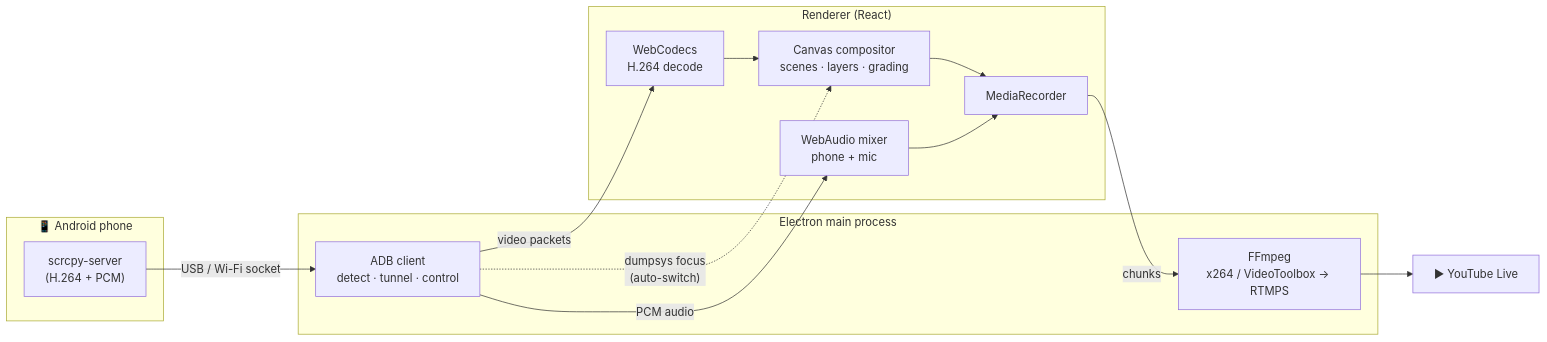
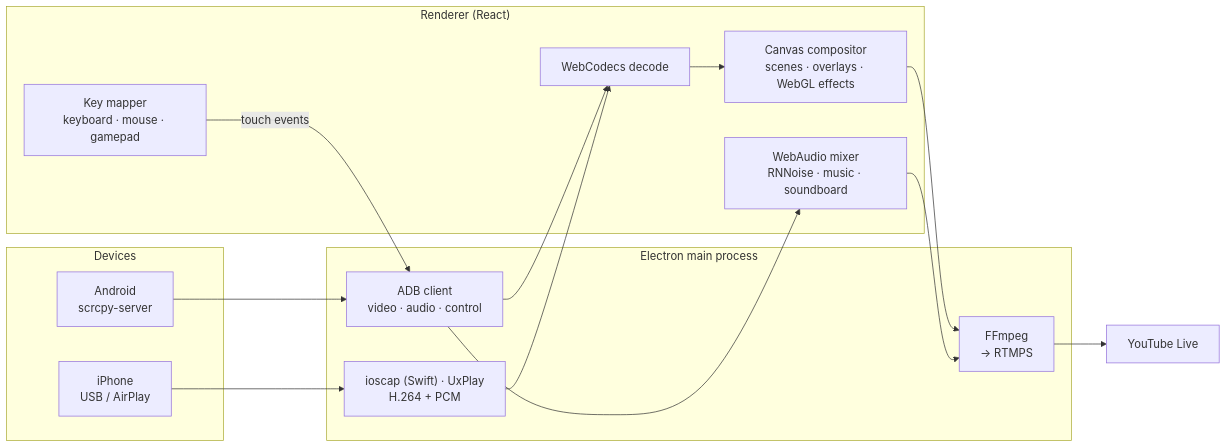
Before and after one commit to kali23041/Meroro: the diagram in README.md, drawn with Mermaid. The commit also changed other lines of this file, not shown here.

````diff
--- a/README.md
+++ b/README.md
@@ -122,23 +148,25 @@
 ```mermaid
 flowchart LR
-  subgraph Phone["📱 Android phone"]
-    S["scrcpy-server<br/>(H.264 + PCM)"]
+  subgraph Phones["Devices"]
+    S["Android<br/>scrcpy-server"]
+    I["iPhone<br/>USB / AirPlay"]
   end
   subgraph Main["Electron main process"]
-    A["ADB client<br/>detect · tunnel · control"]
-    F["FFmpeg<br/>x264 / VideoToolbox → RTMPS"]
+    A["ADB client<br/>video · audio · control"]
+    Q["ioscap (Swift) · UxPlay<br/>H.264 + PCM"]
+    F["FFmpeg<br/>→ RTMPS"]
   end
   subgraph UI["Renderer (React)"]
-    D["WebCodecs<br/>H.264 decode"]
-    C["Canvas compositor<br/>scenes · layers · grading"]
-    M["WebAudio mixer<br/>phone + mic"]
-    R["MediaRecorder"]
+    D["WebCodecs decode"]
+    C["Canvas compositor<br/>scenes · overlays · WebGL effects"]
+    M["WebAudio mixer<br/>RNNoise · music · soundboard"]
+    K["Key mapper<br/>keyboard · mouse · gamepad"]
   end
-  S -- "USB / Wi-Fi socket" --> A
-  A -- video packets --> D --> C
-  A -- PCM audio --> M
-  C --> R
-  M --> R
-  R -- chunks --> F --> YT["▶ YouTube Live"]
-  A -. "dumpsys focus<br/>(auto-switch)" .-> C
+  S --> A --> D --> C
+  I --> Q --> D
+  A --> M
+  K -- touch events --> A
+  C --> F
+  M --> F
+  F --> YT["YouTube Live"]
 ```
````
